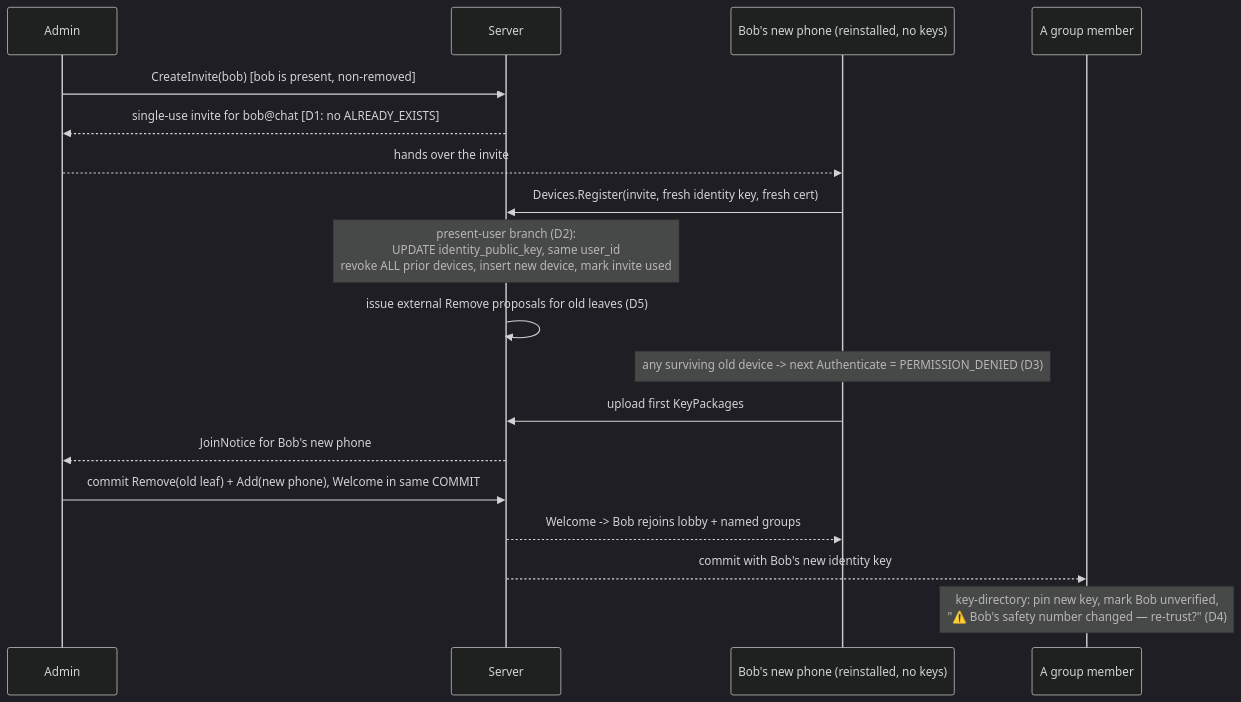
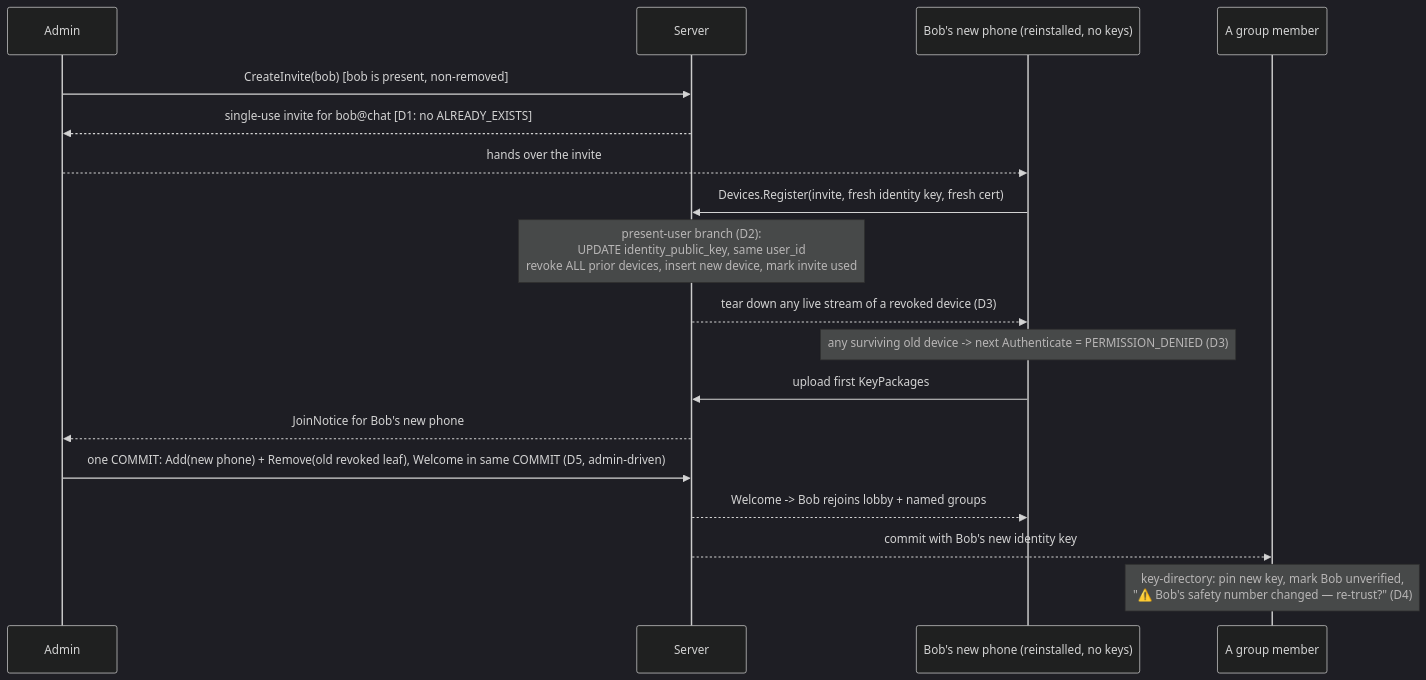
One commit to koppathachan/vyajena changed the diagram in openspec/changes/reinvite-user/design.md. Above: the diagram before and after it, drawn with Mermaid (dark theme). The commit also changed other lines of this file and 10 other files, not shown here.

````diff
--- a/openspec/changes/reinvite-user/design.md
+++ b/openspec/changes/reinvite-user/design.md
@@ -188,20 +211,20 @@
 ```mermaid
 sequenceDiagram
     participant Admin
     participant Server
     participant Bob as Bob's new phone (reinstalled, no keys)
     participant Peer as A group member
     Admin->>Server: CreateInvite(bob)  [bob is present, non-removed]
     Server-->>Admin: single-use invite for bob@chat  [D1: no ALREADY_EXISTS]
     Admin-->>Bob: hands over the invite
     Bob->>Server: Devices.Register(invite, fresh identity key, fresh cert)
     Note over Server: present-user branch (D2):<br/>UPDATE identity_public_key, same user_id<br/>revoke ALL prior devices, insert new device, mark invite used
-    Server->>Server: issue external Remove proposals for old leaves (D5)
+    Server-->>Bob: tear down any live stream of a revoked device (D3)
     Note over Bob: any surviving old device -> next Authenticate = PERMISSION_DENIED (D3)
     Bob->>Server: upload first KeyPackages
     Server-->>Admin: JoinNotice for Bob's new phone
-    Admin->>Server: commit Remove(old leaf) + Add(new phone), Welcome in same COMMIT
+    Admin->>Server: one COMMIT: Add(new phone) + Remove(old revoked leaf), Welcome in same COMMIT (D5, admin-driven)
     Server-->>Bob: Welcome -> Bob rejoins lobby + named groups
     Server-->>Peer: commit with Bob's new identity key
     Note over Peer: key-directory: pin new key, mark Bob unverified,<br/>"⚠️ Bob's safety number changed — re-trust?" (D4)
 ```
````
